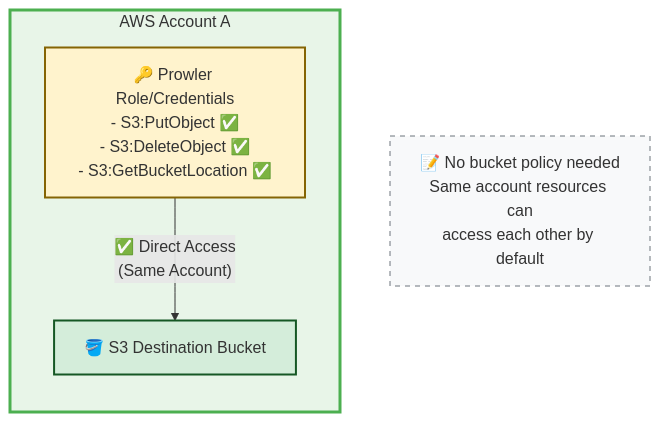
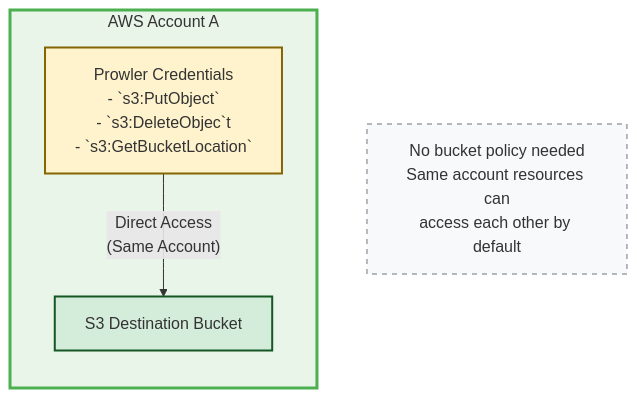
Before and after one commit to prowler-cloud/prowler: the first of 3 diagrams in docs/tutorials/prowler-app-s3-integration.md, drawn with Mermaid. The commit also changed other lines of this file, not shown here.

````diff
--- a/docs/tutorials/prowler-app-s3-integration.md
+++ b/docs/tutorials/prowler-app-s3-integration.md
@@ -135,17 +132,17 @@
 ```mermaid
 graph TB
     subgraph Account["AWS Account A"]
         direction TB
-        Role["🔑 Prowler Role/Credentials<br/>- S3:PutObject ✅<br/>- S3:DeleteObject ✅<br/>- S3:GetBucketLocation ✅"]
-        Bucket["🪣 S3 Destination Bucket"]
+        Role["Prowler Credentials<br/>- `s3:PutObject` <br/>- `s3:DeleteObjec`t <br/>- `s3:GetBucketLocation` "]
+        Bucket["S3 Destination Bucket"]
 
-        Role -->|"✅ Direct Access<br/>(Same Account)"| Bucket
+        Role -->|" Direct Access<br/>(Same Account)"| Bucket
     end
 
-    Note["📝 No bucket policy needed<br/>Same account resources can<br/>access each other by default"]
+    Note["No bucket policy needed<br/>Same account resources can<br/>access each other by default"]
 
     style Account fill:#e8f5e8,stroke:#4caf50,stroke-width:3px
     style Role fill:#fff3cd,stroke:#856404,stroke-width:2px
     style Bucket fill:#d4edda,stroke:#155724,stroke-width:2px
     style Note fill:#f8f9fa,stroke:#6c757d,stroke-width:1px,stroke-dasharray: 5 5
 ```
````
